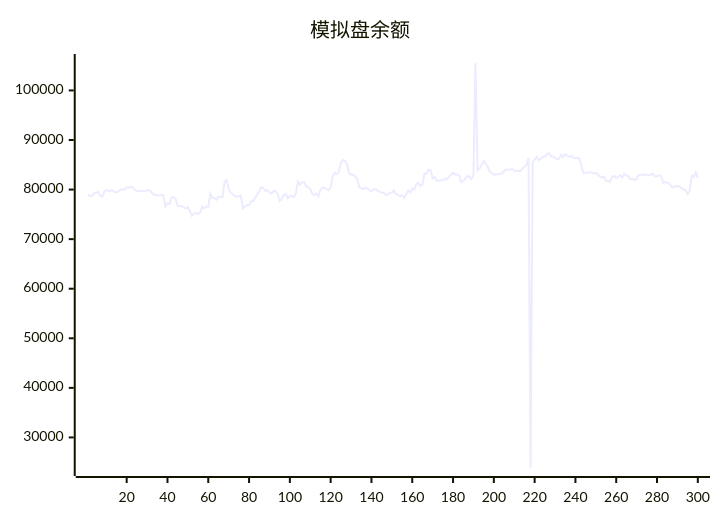
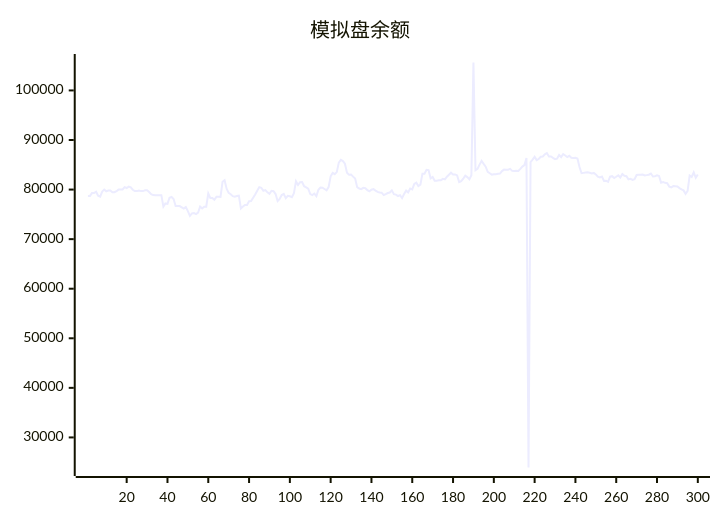
One commit to aahl/ai-trading changed the diagram in README.md. Above: the diagram before and after it, drawn with Mermaid. The commit also changed other lines of this file and 1 other file, not shown here.

````diff
--- a/README.md
+++ b/README.md
@@ -5,5 +5,5 @@
 ```mermaid
 xychart
     title "模拟盘余额"
-    line [79048,78714,78714,79290,79308,79567,78763,78563,79603,79988,79652,79813,79813,79476,79469,79673,79995,80015,80015,80486,80314,80600,80436,79966,79689,79689,79819,79692,79692,79850,79850,79518,79071,78889,78850,78850,78878,78878,76554,77202,77103,78357,78510,78106,76678,76677,76672,76411,76159,76485,75656,74695,75197,75246,75052,75334,76564,76179,76553,76551,79196,78300,78300,77944,78531,78531,78521,81564,81884,80160,79335,79055,78675,78580,78708,78764,76179,76586,76902,76876,77658,77669,78346,79023,79769,80497,80366,79761,79896,79448,79126,79749,79658,79097,77695,78114,78888,79126,78249,78738,78653,78478,79271,81680,80923,81488,81527,80681,80455,80190,79084,78879,79193,78686,79954,80403,80374,80118,79848,80491,82665,83351,83098,83525,85430,85983,85737,85221,83378,83014,83043,82613,82216,80477,80208,80081,80348,80277,79894,79670,79965,80093,79786,79542,79406,79371,78893,79087,79304,79406,79841,79072,78978,78696,78846,78272,79085,79787,79442,80198,80031,81120,81379,80718,80985,83214,83212,83993,83921,82270,82547,81776,81776,81866,81866,82158,82061,82596,83000,83408,83041,83050,82858,81503,81691,82188,82812,82517,82092,82901,105633,83898,84180,85030,85781,85178,84604,83569,83298,83008,83093,83107,83175,83228,83729,84025,84017,84019,84177,83775,83762,83785,83738,84160,84639,84939,86370,23934,85548,86046,86599,85942,86161,86622,86664,87115,87369,86666,86685,86384,86152,86243,86969,86548,87164,86885,86566,86809,86427,86348,86417,86273,84538,83299,83369,83430,83490,83404,83270,83362,83056,82605,82459,82614,81734,81788,81551,82598,82702,82320,82580,82878,82426,83139,82778,82686,82056,82166,81963,82110,82951,82983,82984,83038,82838,82915,82998,83235,82642,82682,82858,82746,81396,81512,81362,81277,80600,80461,80699,80673,80616,80288,80038,79836,79142,79722,82837,82533,83480,82366]
+    line [78714,78714,79290,79308,79567,78763,78563,79603,79988,79652,79813,79813,79476,79469,79673,79995,80015,80015,80486,80314,80600,80436,79966,79689,79689,79819,79692,79692,79850,79850,79518,79071,78889,78850,78850,78878,78878,76554,77202,77103,78357,78510,78106,76678,76677,76672,76411,76159,76485,75656,74695,75197,75246,75052,75334,76564,76179,76553,76551,79196,78300,78300,77944,78531,78531,78521,81564,81884,80160,79335,79055,78675,78580,78708,78764,76179,76586,76902,76876,77658,77669,78346,79023,79769,80497,80366,79761,79896,79448,79126,79749,79658,79097,77695,78114,78888,79126,78249,78738,78653,78478,79271,81680,80923,81488,81527,80681,80455,80190,79084,78879,79193,78686,79954,80403,80374,80118,79848,80491,82665,83351,83098,83525,85430,85983,85737,85221,83378,83014,83043,82613,82216,80477,80208,80081,80348,80277,79894,79670,79965,80093,79786,79542,79406,79371,78893,79087,79304,79406,79841,79072,78978,78696,78846,78272,79085,79787,79442,80198,80031,81120,81379,80718,80985,83214,83212,83993,83921,82270,82547,81776,81776,81866,81866,82158,82061,82596,83000,83408,83041,83050,82858,81503,81691,82188,82812,82517,82092,82901,105633,83898,84180,85030,85781,85178,84604,83569,83298,83008,83093,83107,83175,83228,83729,84025,84017,84019,84177,83775,83762,83785,83738,84160,84639,84939,86370,23934,85548,86046,86599,85942,86161,86622,86664,87115,87369,86666,86685,86384,86152,86243,86969,86548,87164,86885,86566,86809,86427,86348,86417,86273,84538,83299,83369,83430,83490,83404,83270,83362,83056,82605,82459,82614,81734,81788,81551,82598,82702,82320,82580,82878,82426,83139,82778,82686,82056,82166,81963,82110,82951,82983,82984,83038,82838,82915,82998,83235,82642,82682,82858,82746,81396,81512,81362,81277,80600,80461,80699,80673,80616,80288,80038,79836,79142,79722,82837,82533,83480,82366,83032]
 ```
````
